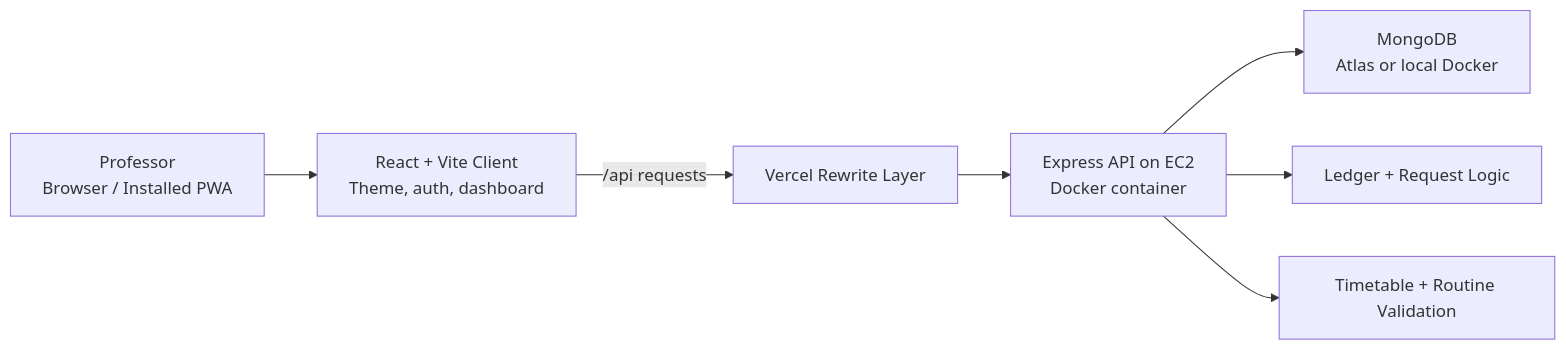
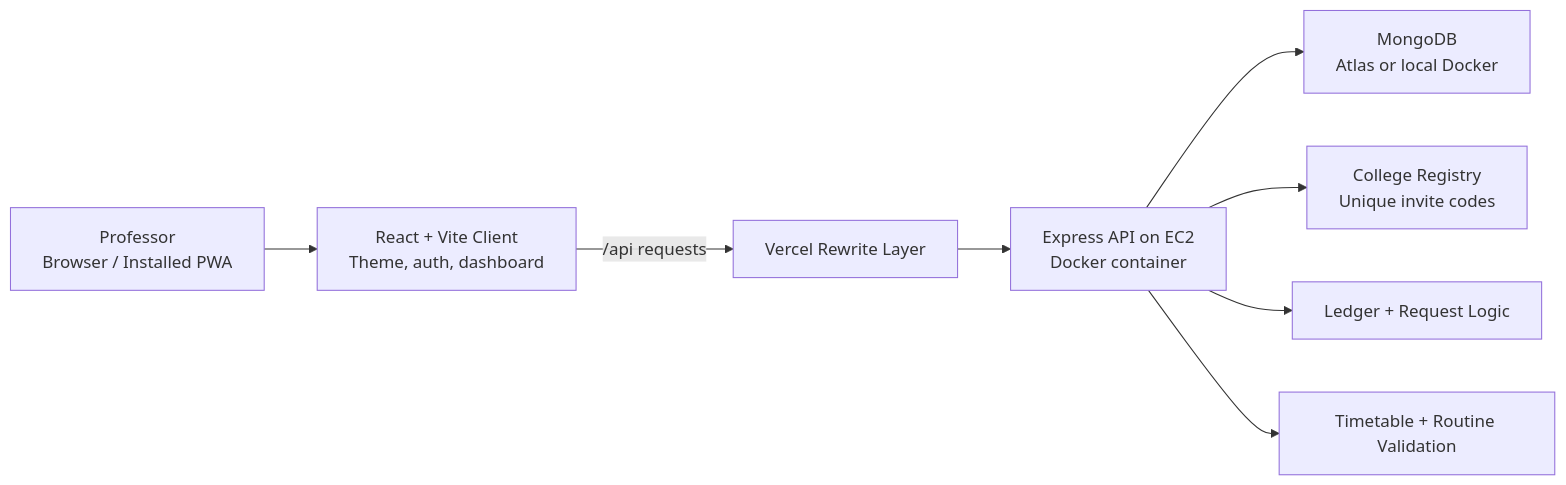
The first of 3 diagrams in README.md (04shubham7/EquiClass), drawn with Mermaid before and after one commit. The commit also changed other lines of this file and 3 other files, not shown here.

````diff
--- a/README.md
+++ b/README.md
@@ -35,9 +48,10 @@
 ```mermaid
 flowchart LR
     Professor["Professor<br/>Browser / Installed PWA"] --> Frontend["React + Vite Client<br/>Theme, auth, dashboard"]
     Frontend -->|/api requests| Edge["Vercel Rewrite Layer"]
     Edge --> API["Express API on EC2<br/>Docker container"]
     API --> DB["MongoDB<br/>Atlas or local Docker"]
+    API --> College["College Registry<br/>Unique invite codes"]
     API --> Ledger["Ledger + Request Logic"]
     API --> Schedule["Timetable + Routine Validation"]
 ```
````
